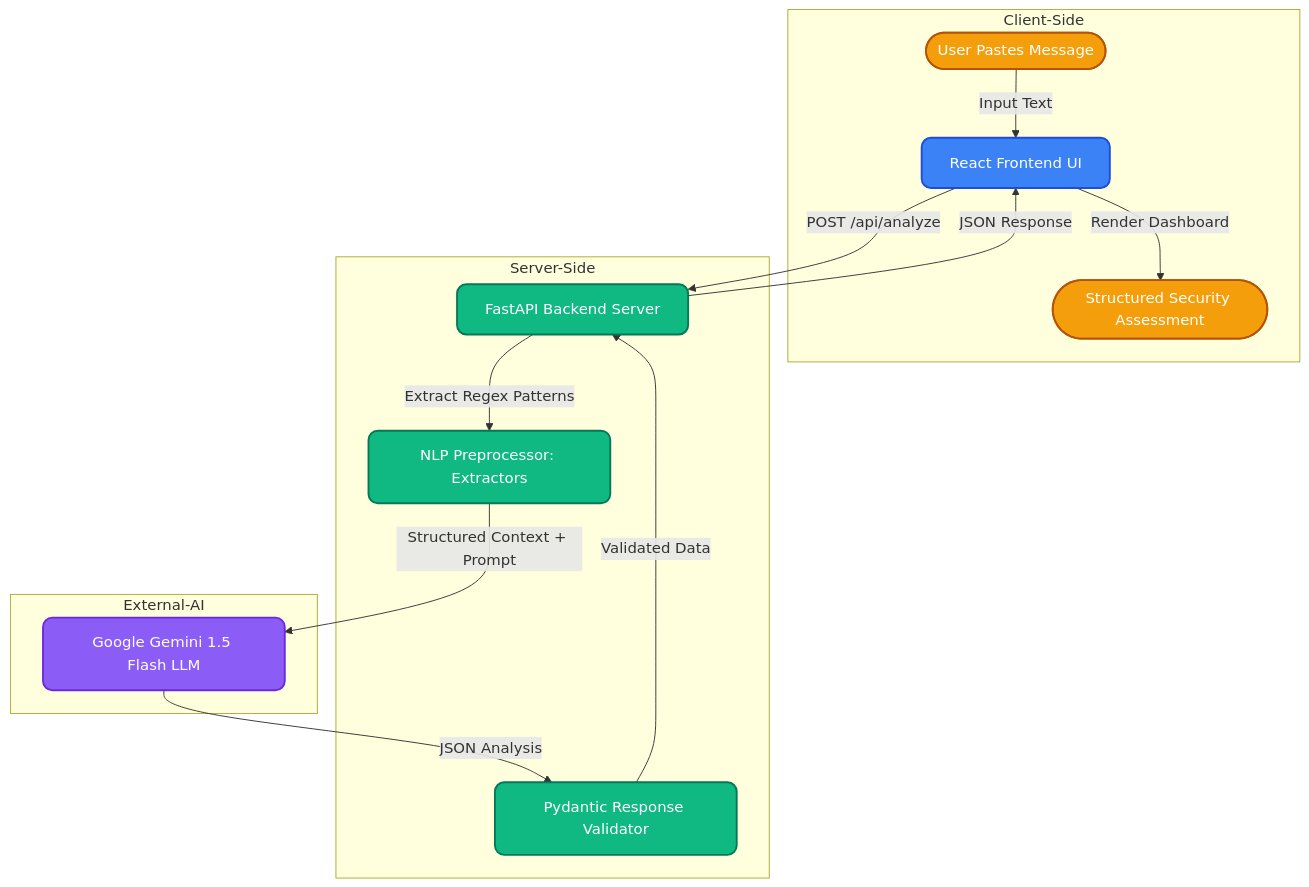
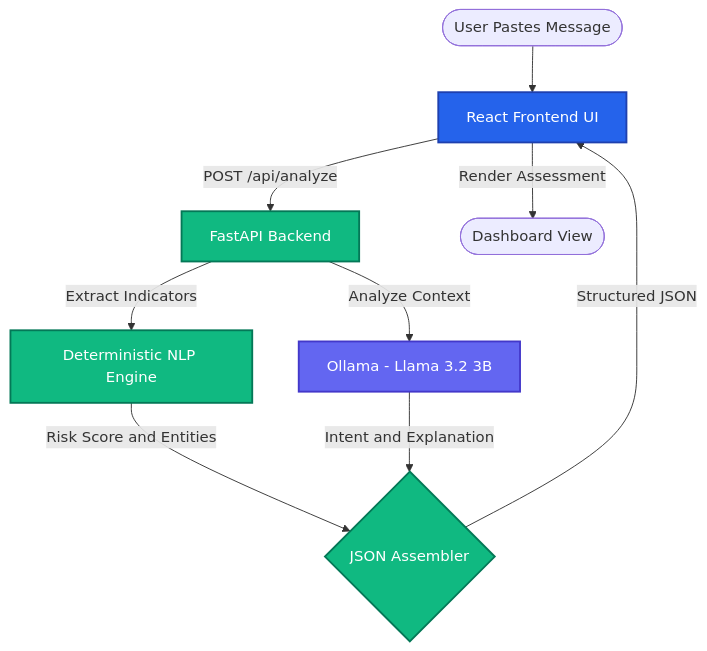
The diagram in README.md (jawaanquizziz/Cyber_Chatbot_AI), drawn with Mermaid before and after one commit. The commit also changed other lines of this file and 23 other files, not shown here.

Commit message:
docs: enhance README with typing SVG header, skill icons badges, and updated diagram

````diff
--- a/README.md
+++ b/README.md
@@ -57,50 +109,22 @@
 ```mermaid
 graph TD
-    %% Styling
-    classDef frontend fill:#3b82f6,stroke:#1d4ed8,stroke-width:2px,color:#fff,rx:10px,ry:10px;
-    classDef backend fill:#10b981,stroke:#047857,stroke-width:2px,color:#fff,rx:10px,ry:10px;
-    classDef ai fill:#8b5cf6,stroke:#6d28d9,stroke-width:2px,color:#fff,rx:10px,ry:10px;
-    classDef userCls fill:#f59e0b,stroke:#b45309,stroke-width:2px,color:#fff,rx:10px,ry:10px;
+    classDef frontend fill:#2563eb,stroke:#1e40af,stroke-width:2px,color:#fff;
+    classDef backend fill:#10b981,stroke:#047857,stroke-width:2px,color:#fff;
+    classDef ai fill:#6366f1,stroke:#4338ca,stroke-width:2px,color:#fff;
 
-    %% Nodes
-    User([User Pastes Message])
-    React[React Frontend UI]
-    FastAPI[FastAPI Backend Server]
-    Preprocessor[NLP Preprocessor: Extractors]
-    Gemini[Google Gemini 1.5 Flash LLM]
-    Validator[Pydantic Response Validator]
-    Response([Structured Security Assessment])
+    User([User Pastes Message]) --> React[React Frontend UI]
+    React -->|POST /api/analyze| FastAPI[FastAPI Backend]
+    
+    FastAPI -->|Extract Indicators| LocalEngine[Deterministic NLP Engine]
+    FastAPI -->|Analyze Context| Ollama[Ollama - Llama 3.2 3B]
+    
+    LocalEngine -->|Risk Score and Entities| Compiler{JSON Assembler}
+    Ollama -->|Intent and Explanation| Compiler
+    
+    Compiler -->|Structured JSON| React
+    React -->|Render Assessment| Output([Dashboard View])
 
-    %% Flow
-    User -->|Input Text| React
-    React -->|POST /api/analyze| FastAPI
-    FastAPI -->|Extract Regex Patterns| Preprocessor
-    Preprocessor -->|Structured Context + Prompt| Gemini
-    Gemini -->|JSON Analysis| Validator
-    Validator -->|Validated Data| FastAPI
-    FastAPI -->|JSON Response| React
-    React -->|Render Dashboard| Response
-
-    %% Subgraphs
-    subgraph Client-Side
-        User
-        React
-        Response
-    end
-
-    subgraph Server-Side
-        FastAPI
-        Preprocessor
-        Validator
-    end
-
-    subgraph External-AI
-        Gemini
-    end
-    
-    %% Apply classes
-    class User,Response userCls;
     class React frontend;
-    class FastAPI,Preprocessor,Validator backend;
-    class Gemini ai;
+    class FastAPI,LocalEngine,Compiler backend;
+    class Ollama ai;
 ```
````
